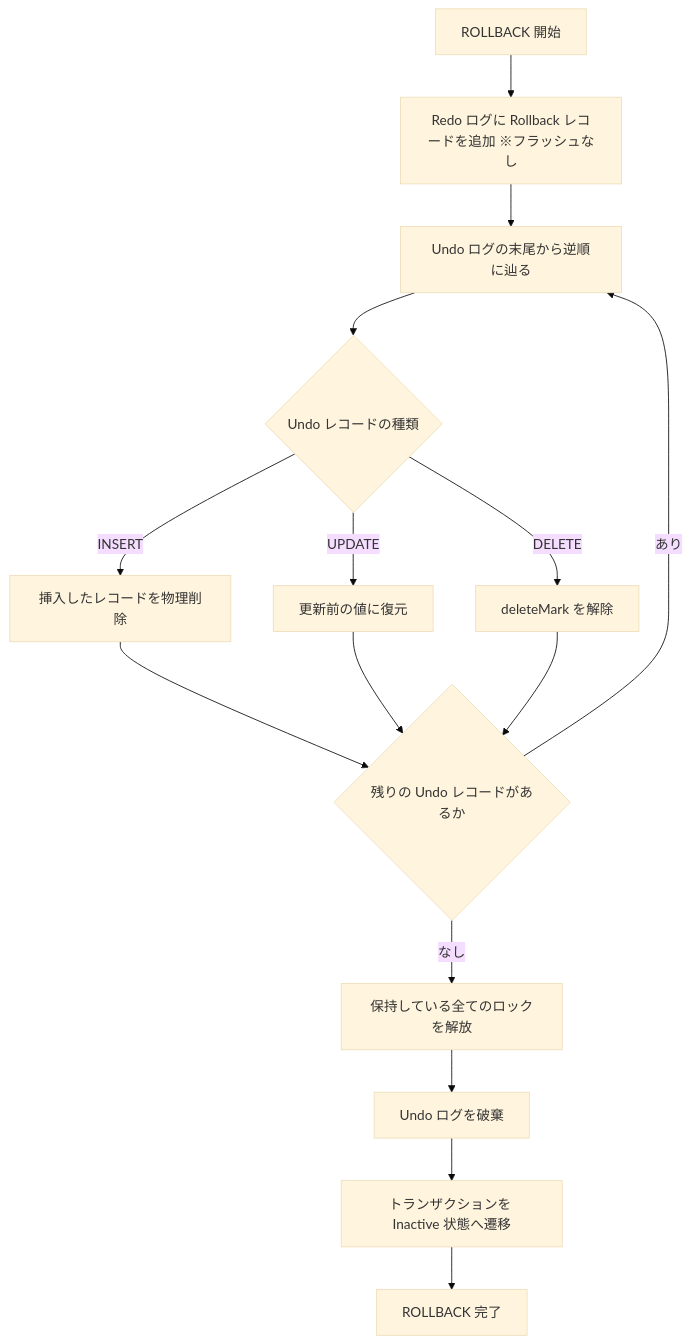
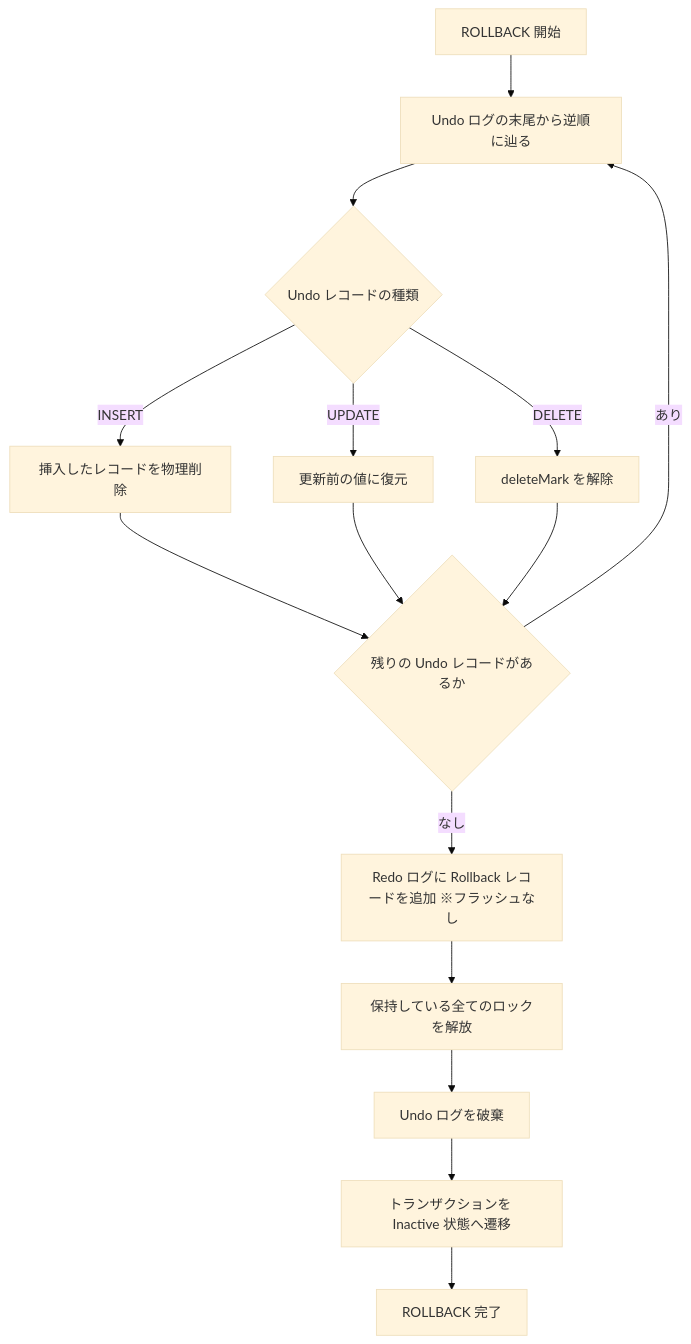
Before and after one commit to ren-yamanashi/minesql: the second of 2 diagrams in docs/architecture/storage/access/mvcc.md, drawn with Mermaid (base theme).

````diff
--- a/docs/architecture/storage/access/mvcc.md
+++ b/docs/architecture/storage/access/mvcc.md
@@ -270,17 +270,17 @@
 ```mermaid
 flowchart TD
-    A[ROLLBACK 開始] --> B[Redo ログに Rollback レコードを追加 ※フラッシュなし]
-    B --> C[Undo ログの末尾から逆順に辿る]
-    C --> D{Undo レコードの種類}
-    D -->|INSERT| E[挿入したレコードを物理削除]
-    D -->|UPDATE| F[更新前の値に復元]
-    D -->|DELETE| G[deleteMark を解除]
-    E --> H{残りの Undo レコードがあるか}
-    F --> H
-    G --> H
-    H -->|あり| C
-    H -->|なし| I[保持している全てのロックを解放]
+    A[ROLLBACK 開始] --> B[Undo ログの末尾から逆順に辿る]
+    B --> C{Undo レコードの種類}
+    C -->|INSERT| D[挿入したレコードを物理削除]
+    C -->|UPDATE| E[更新前の値に復元]
+    C -->|DELETE| F[deleteMark を解除]
+    D --> G{残りの Undo レコードがあるか}
+    E --> G
+    F --> G
+    G -->|あり| B
+    G -->|なし| H[Redo ログに Rollback レコードを追加 ※フラッシュなし]
+    H --> I[保持している全てのロックを解放]
     I --> J[Undo ログを破棄]
     J --> K[トランザクションを Inactive 状態へ遷移]
     K --> L[ROLLBACK 完了]
 ```
````
